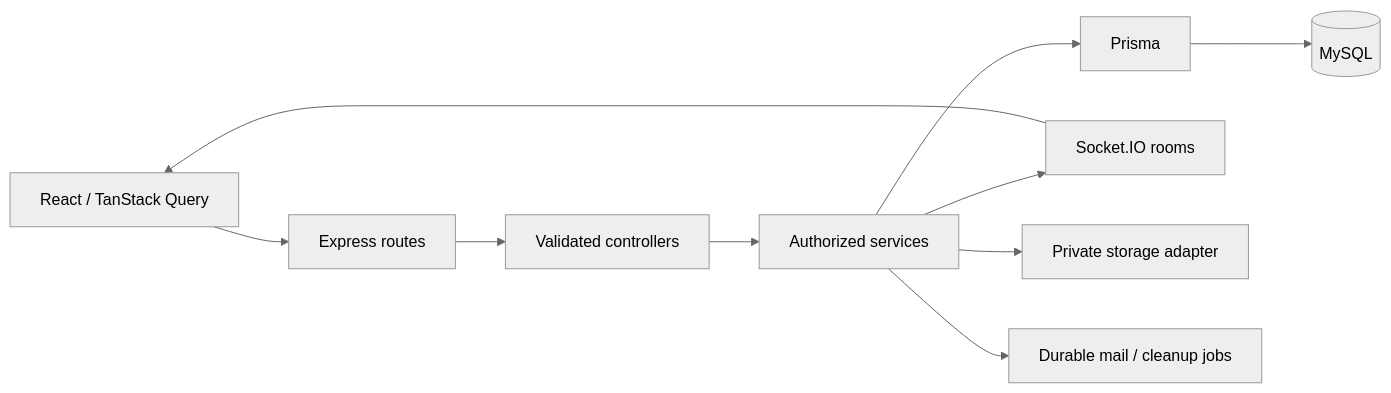
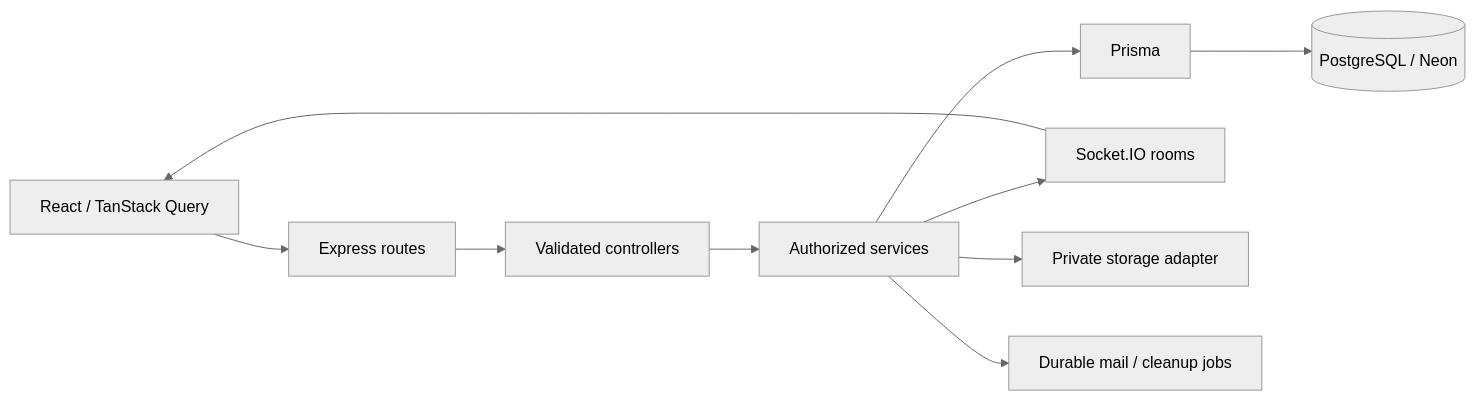
One commit to jazsajonia-pixel/Project-1-TaskFlow changed the diagram in README.md. Above: the diagram before and after it, drawn with Mermaid (neutral theme). The commit also changed other lines of this file and 9 other files, not shown here.

Commit message:
feat: migrate database to PostgreSQL/Neon for Vercel deployment

````diff
--- a/README.md
+++ b/README.md
@@ -66,12 +66,12 @@
 ```mermaid
 flowchart LR
   UI[React / TanStack Query] --> Routes[Express routes]
   Routes --> Controllers[Validated controllers]
   Controllers --> Services[Authorized services]
   Services --> Prisma[Prisma]
-  Prisma --> MySQL[(MySQL)]
+  Prisma --> PostgreSQL[(PostgreSQL / Neon)]
   Services --> Rooms[Socket.IO rooms]
   Rooms --> UI
   Services --> Storage[Private storage adapter]
   Services --> Jobs[Durable mail / cleanup jobs]
 ```
````
